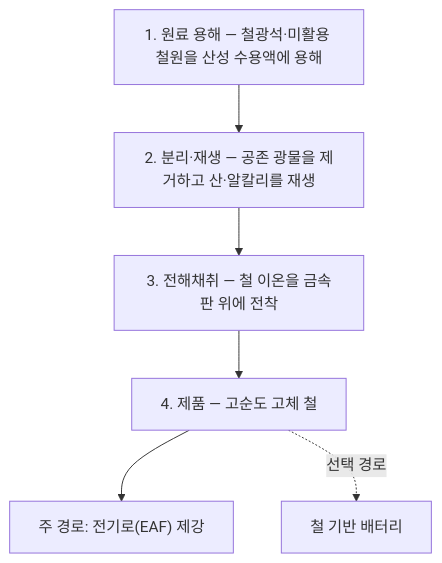
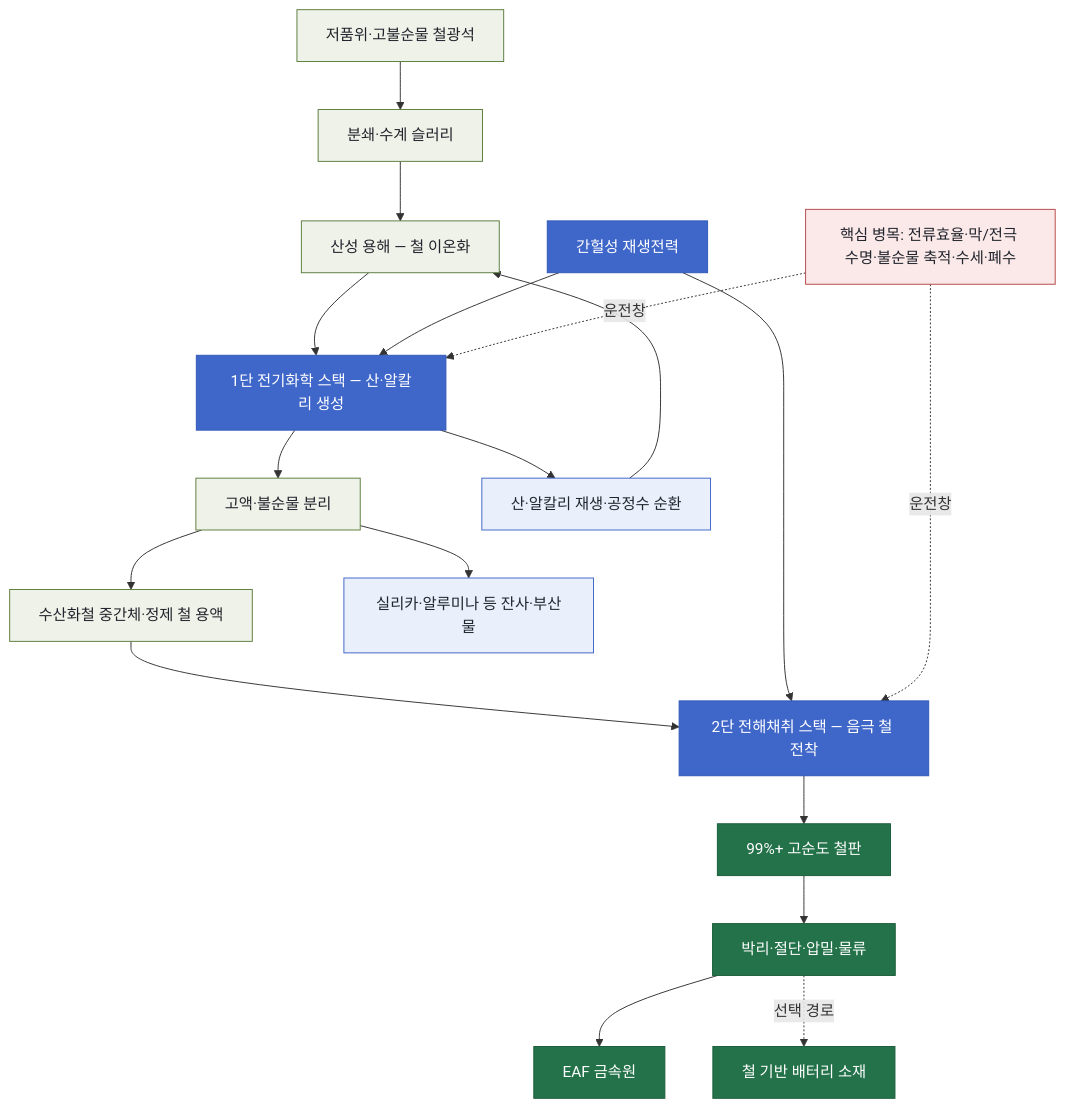
One commit to arik08/Steel_Tech_AI_Wiki changed the diagram in steel-wiki/technologies/TEC-low-temperature-aqueous-iron-electrolysis.md. Above: the diagram before and after it, drawn with Mermaid. The commit also changed other lines of this file and 7 other files, not shown here.

````diff
--- a/steel-wiki/technologies/TEC-low-temperature-aqueous-iron-electrolysis.md
+++ b/steel-wiki/technologies/TEC-low-temperature-aqueous-iron-electrolysis.md
@@ -58,9 +58,30 @@
 ```mermaid
 flowchart TB
-    A["1. 원료 용해 — 철광석·미활용 철원을 산성 수용액에 용해"]
-    A --> B["2. 분리·재생 — 공존 광물을 제거하고 산·알칼리를 재생"]
-    B --> C["3. 전해채취 — 철 이온을 금속판 위에 전착"]
-    C --> D["4. 제품 — 고순도 고체 철"]
-    D --> E["주 경로: 전기로(EAF) 제강"]
-    D -. 선택 경로 .-> F["철 기반 배터리"]
+    A["저품위·고불순물 철광석"] --> B["분쇄·수계 슬러리"]
+    B --> C["산성 용해 — 철 이온화"]
+    C --> D["1단 전기화학 스택 — 산·알칼리 생성"]
+    D --> E["고액·불순물 분리"]
+    E --> F["수산화철 중간체·정제 철 용액"]
+    F --> G["2단 전해채취 스택 — 음극 철 전착"]
+    P["간헐성 재생전력"] --> D
+    P --> G
+    G --> H["99%+ 고순도 철판"]
+    H --> I["박리·절단·압밀·물류"]
+    I --> J["EAF 금속원"]
+    I -. 선택 경로 .-> K["철 기반 배터리 소재"]
+    D --> R["산·알칼리 재생·공정수 순환"]
+    R --> C
+    E --> W["실리카·알루미나 등 잔사·부산물"]
+    V["핵심 병목: 전류효율·막/전극 수명·불순물 축적·수세·폐수"] -. 운전창 .-> D
+    V -. 운전창 .-> G
+    classDef feed fill:#EEF2E8,stroke:#5C7D3E,color:#20242C
+    classDef electro fill:#3F66C9,stroke:#3158B8,color:#FFFFFF
+    classDef recycle fill:#EAF0FB,stroke:#3F66C9,color:#20242C
+    classDef product fill:#24724A,stroke:#195C39,color:#FFFFFF
+    classDef risk fill:#FBE9E9,stroke:#B74848,color:#20242C
+    class A,B,C,E,F feed
+    class D,G,P electro
+    class R,W recycle
+    class H,I,J,K product
+    class V risk
 ```
````
